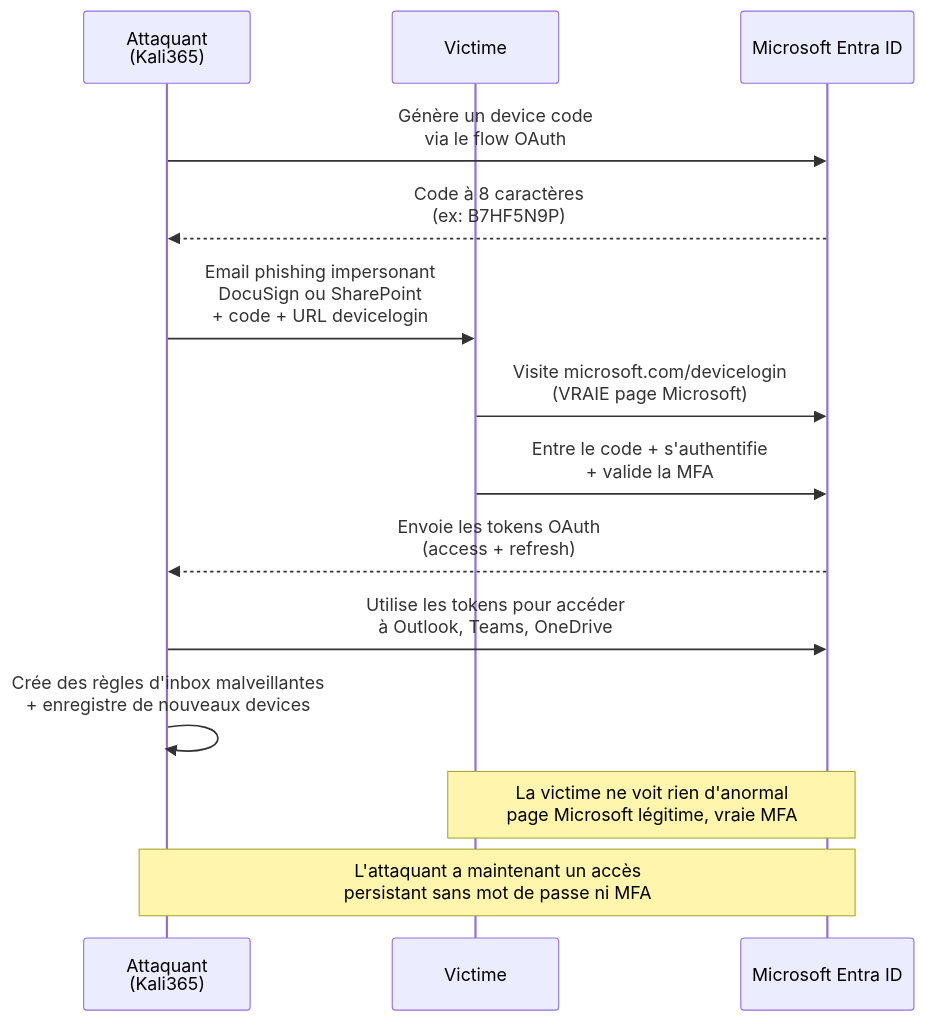
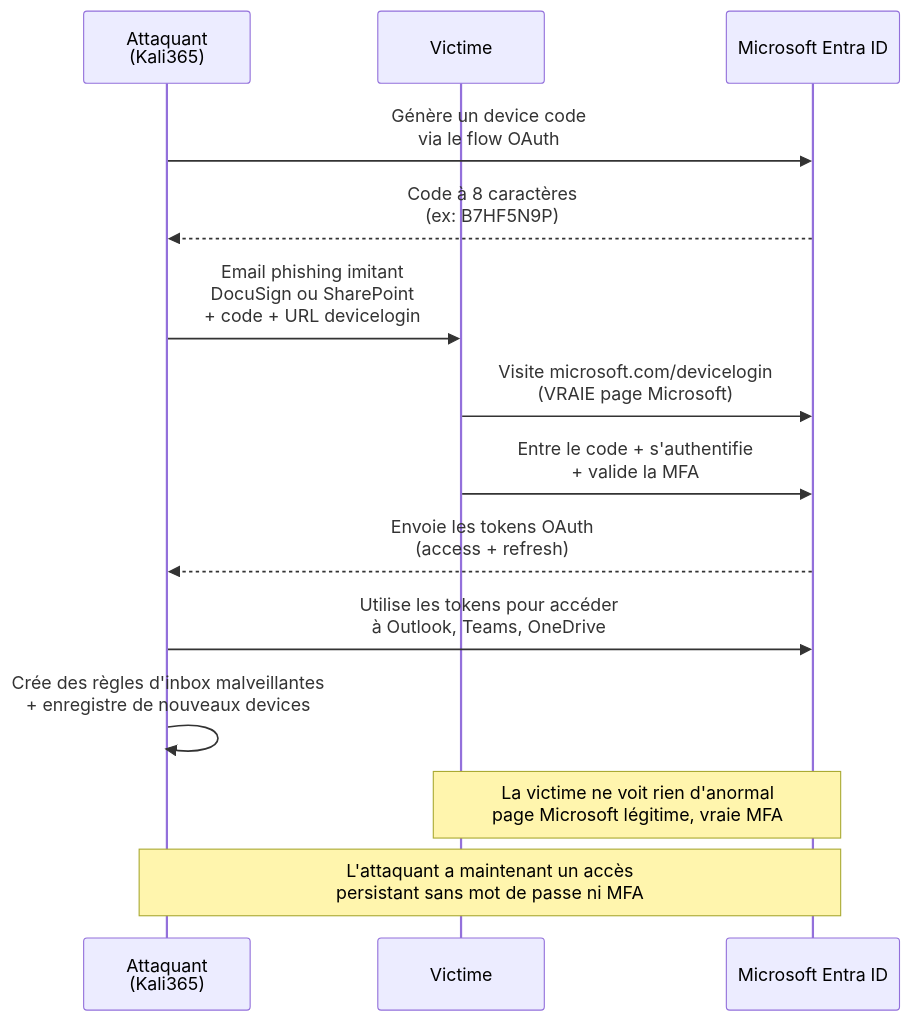
Before and after one commit to sebastienmiro/sebastienmiro.github.io: the second of 2 diagrams in _posts/2026/2026-05-27-kali-365-device-code-phishing-m365.md, drawn with Mermaid. The commit also changed other lines of this file and 1 other file, not shown here.

````diff
--- a/_posts/2026/2026-05-27-kali-365-device-code-phishing-m365.md
+++ b/_posts/2026/2026-05-27-kali-365-device-code-phishing-m365.md
@@ -59,18 +59,18 @@
 ```mermaid
 sequenceDiagram
     participant A as Attaquant<br/>(Kali365)
     participant V as Victime
     participant M as Microsoft Entra ID
 
     A->>M: Génère un device code<br/>via le flow OAuth
     M-->>A: Code à 8 caractères<br/>(ex: B7HF5N9P)
-    A->>V: Email phishing impersonant<br/>DocuSign ou SharePoint<br/>+ code + URL devicelogin
+    A->>V: Email phishing imitant<br/>DocuSign ou SharePoint<br/>+ code + URL devicelogin
     V->>M: Visite microsoft.com/devicelogin<br/>(VRAIE page Microsoft)
     V->>M: Entre le code + s'authentifie<br/>+ valide la MFA
     M-->>A: Envoie les tokens OAuth<br/>(access + refresh)
     A->>M: Utilise les tokens pour accéder<br/>à Outlook, Teams, OneDrive
     A->>A: Crée des règles d'inbox malveillantes<br/>+ enregistre de nouveaux devices
 
     Note over V,M: La victime ne voit rien d'anormal<br/>page Microsoft légitime, vraie MFA
     Note over A,M: L'attaquant a maintenant un accès<br/>persistant sans mot de passe ni MFA
 ```
````
